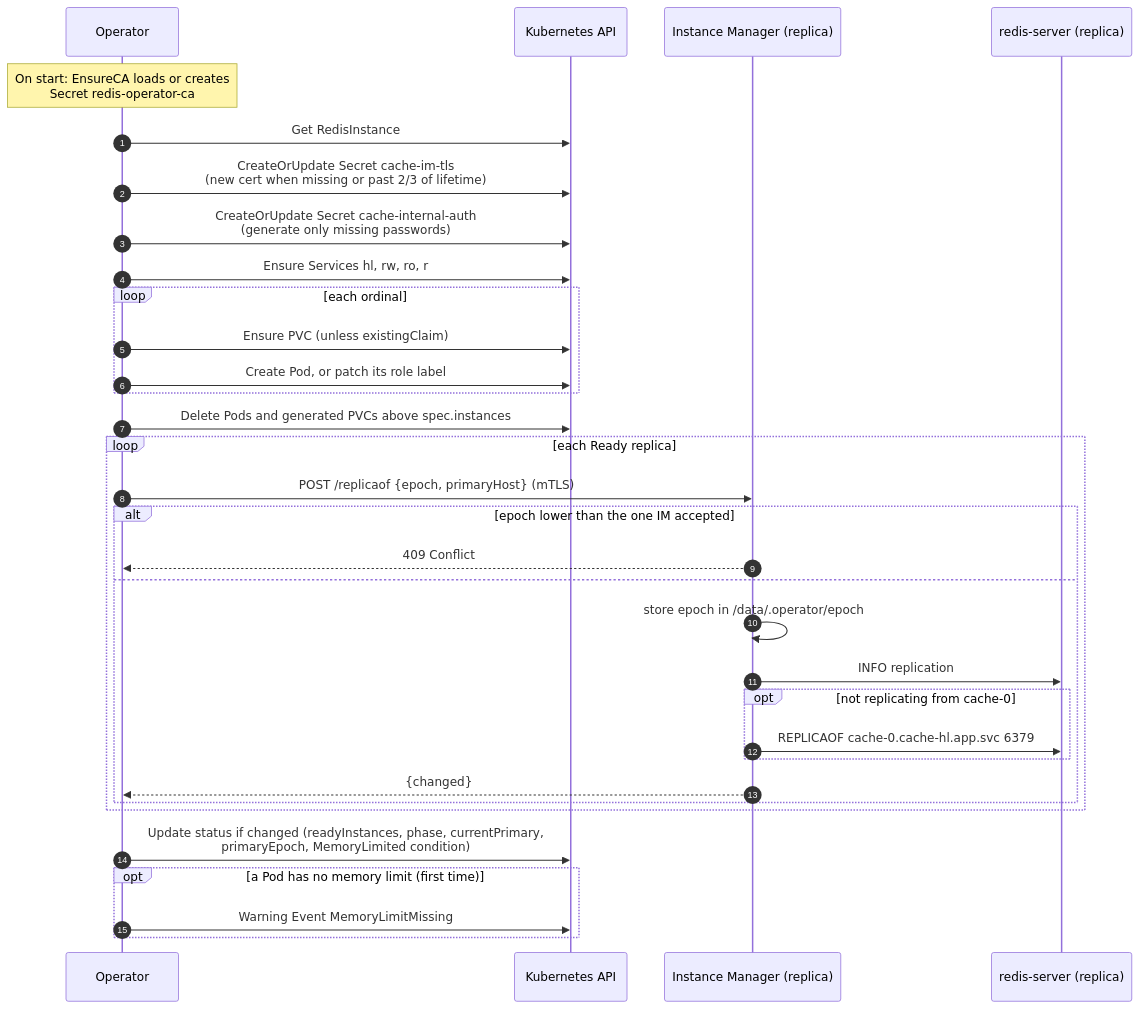
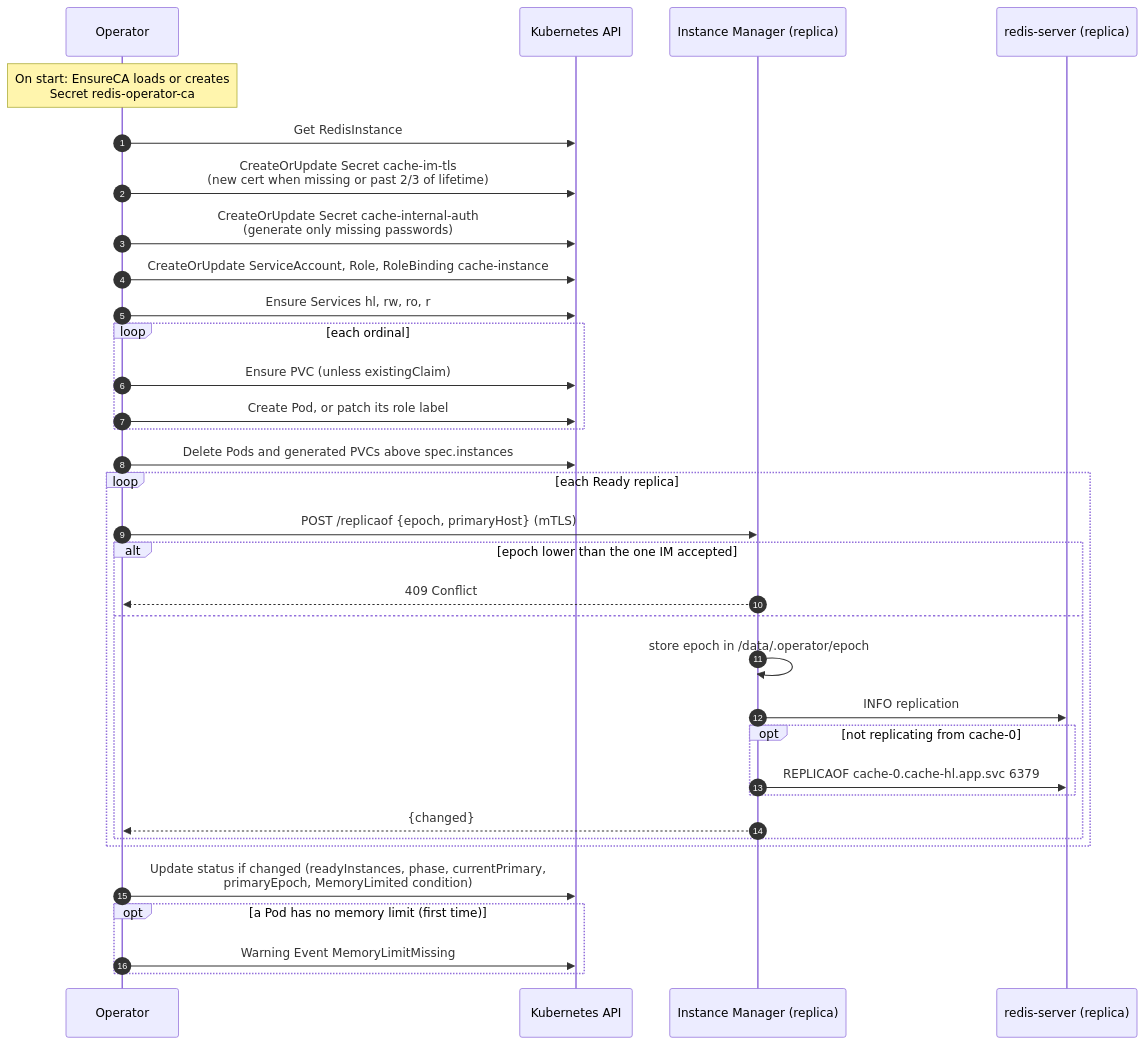
One commit to MrPickle311/redis-operator changed the fifth of 5 diagrams in docs/architecture.md. Above: the diagram before and after it, drawn with Mermaid. The commit also changed other lines of this file and 14 other files, not shown here.

First line of the commit message:
Introduce Instance Manager ServiceAccount, Role, and RoleBinding for Safe Pod Startup

````diff
--- a/docs/architecture.md
+++ b/docs/architecture.md
@@ -220,36 +246,37 @@
 ```mermaid
 sequenceDiagram
     autonumber
     participant OP as Operator
     participant API as Kubernetes API
     participant IM as Instance Manager (replica)
     participant RS as redis-server (replica)
 
     Note over OP: On start: EnsureCA loads or creates<br/>Secret redis-operator-ca
     OP->>API: Get RedisInstance
     OP->>API: CreateOrUpdate Secret cache-im-tls<br/>(new cert when missing or past 2/3 of lifetime)
     OP->>API: CreateOrUpdate Secret cache-internal-auth<br/>(generate only missing passwords)
+    OP->>API: CreateOrUpdate ServiceAccount, Role, RoleBinding cache-instance
     OP->>API: Ensure Services hl, rw, ro, r
     loop each ordinal
         OP->>API: Ensure PVC (unless existingClaim)
         OP->>API: Create Pod, or patch its role label
     end
     OP->>API: Delete Pods and generated PVCs above spec.instances
     loop each Ready replica
         OP->>IM: POST /replicaof {epoch, primaryHost} (mTLS)
         alt epoch lower than the one IM accepted
             IM-->>OP: 409 Conflict
         else
             IM->>IM: store epoch in /data/.operator/epoch
             IM->>RS: INFO replication
             opt not replicating from cache-0
                 IM->>RS: REPLICAOF cache-0.cache-hl.app.svc 6379
             end
             IM-->>OP: {changed}
         end
     end
     OP->>API: Update status if changed (readyInstances, phase, currentPrimary,<br/>primaryEpoch, MemoryLimited condition)
     opt a Pod has no memory limit (first time)
         OP->>API: Warning Event MemoryLimitMissing
     end
 ```
````
